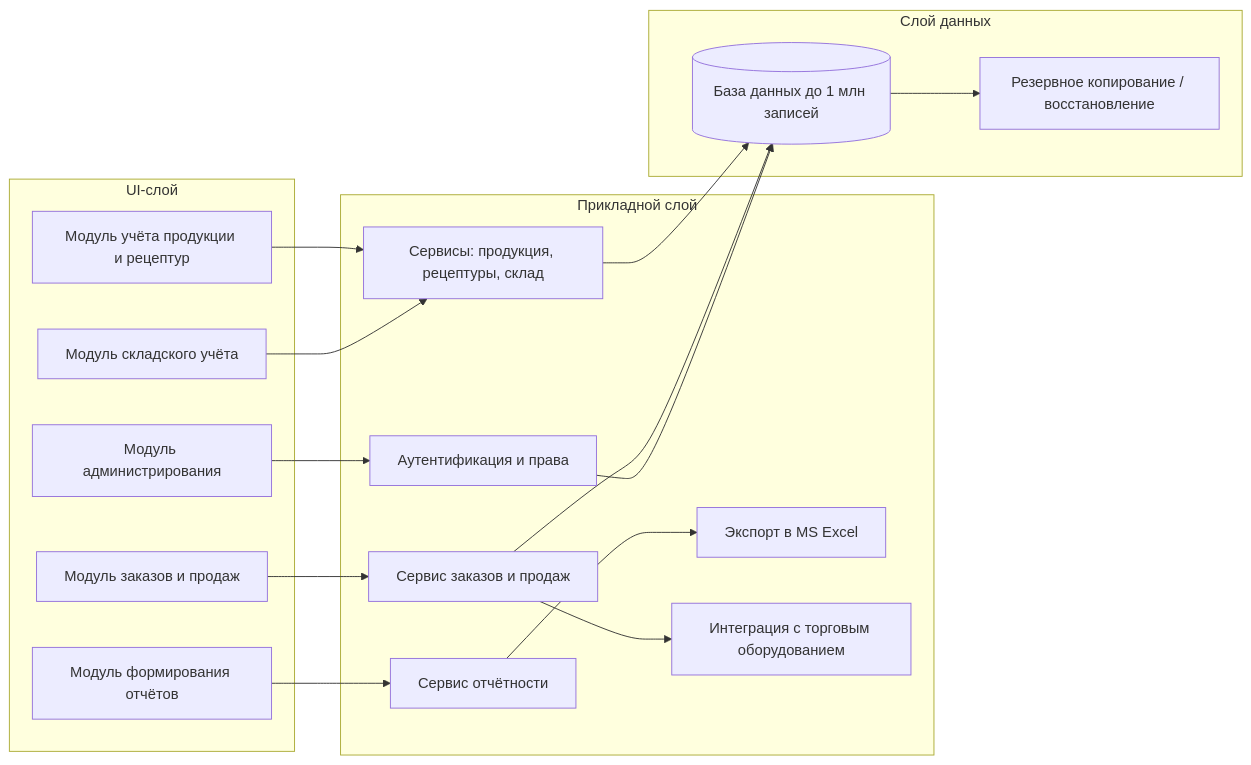
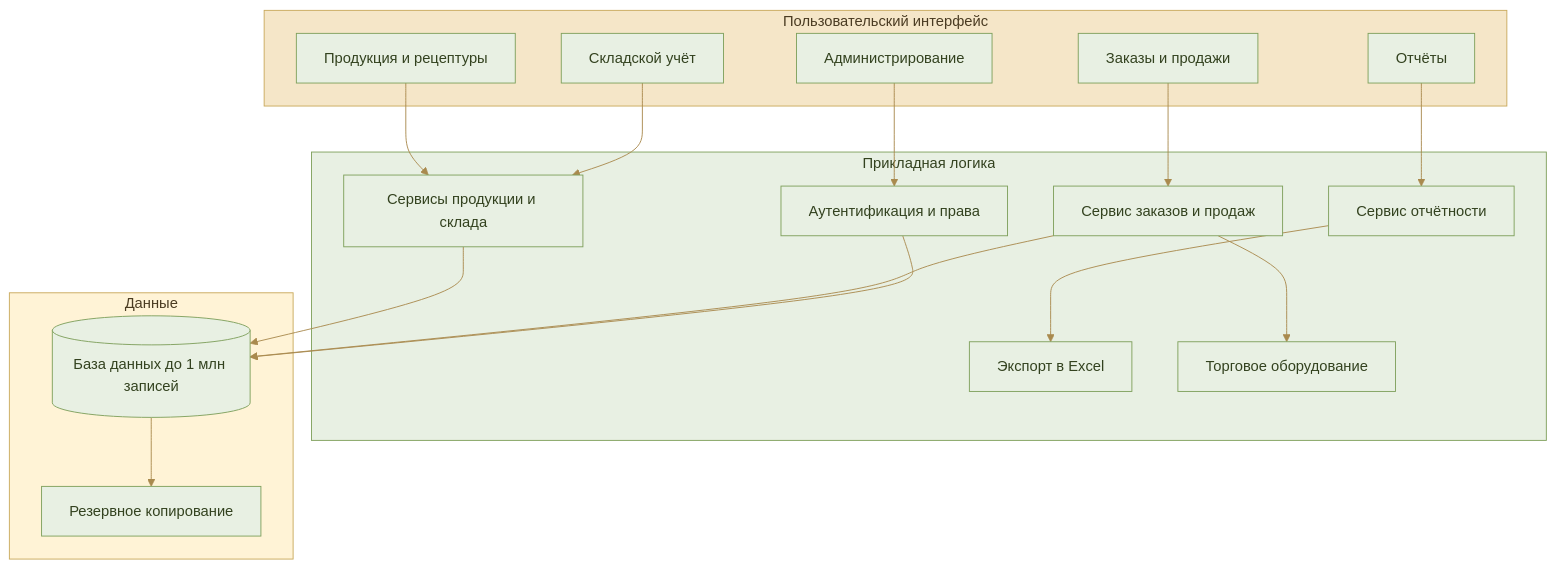
Before and after one commit to cxwrcurvd/myprojectwork: the fifth of 6 diagrams in uml-diagrams.md, drawn with Mermaid. The commit also changed other lines of this file, not shown here.

Commit message:
UML-диаграммы: переоформление в единой теме «Пекарня»

````diff
--- a/uml-diagrams.md
+++ b/uml-diagrams.md
@@ -246,36 +206,40 @@
 ```mermaid
-flowchart LR
-    subgraph UI_SOFT[UI-слой]
-        UP[Модуль учёта продукции и рецептур]
-        UW[Модуль складского учёта]
-        UO[Модуль заказов и продаж]
-        UR[Модуль формирования отчётов]
-        UA[Модуль администрирования]
+%%{init: {"theme":"base","themeVariables":{"primaryColor":"#E8F0E3","primaryBorderColor":"#7FA05C","primaryTextColor":"#33421F","lineColor":"#A98A4E","tertiaryColor":"#F5E6C8"}}}%%
+flowchart TB
+    subgraph UI["Пользовательский интерфейс"]
+        U1[Продукция и рецептуры]
+        U2[Складской учёт]
+        U3[Заказы и продажи]
+        U4[Отчёты]
+        U5[Администрирование]
     end
 
-    subgraph APP[Прикладной слой]
-        SVC[Сервисы: продукция, рецептуры, склад]
-        ORD[Сервис заказов и продаж]
-        REP[Сервис отчётности]
-        AUTH[Аутентификация и права]
-        EXC[Экспорт в MS Excel]
-        TTE[Интеграция с торговым оборудованием]
+    subgraph APP["Прикладная логика"]
+        A1[Сервисы продукции и склада]
+        A2[Сервис заказов и продаж]
+        A3[Сервис отчётности]
+        A4[Аутентификация и права]
+        A5[Экспорт в Excel]
+        A6[Торговое оборудование]
     end
 
-    subgraph DATA[Слой данных]
-        DB[(База данных до 1 млн записей)]
-        BK[Резервное копирование / восстановление]
+    subgraph DATA["Данные"]
+        D1[("База данных до 1 млн записей")]
+        D2[Резервное копирование]
     end
 
-    UP --> SVC
-    UW --> SVC
-    UO --> ORD
-    UR --> REP
-    UA --> AUTH
-    REP --> EXC
-    ORD --> TTE
-    SVC --> DB
-    ORD --> DB
-    DB --> BK
-    AUTH --> DB
+    U1 & U2 --> A1
+    U3 --> A2
+    U4 --> A3
+    U5 --> A4
+    A3 --> A5
+    A2 --> A6
+    A1 --> D1
+    A2 --> D1
+    A4 --> D1
+    D1 --> D2
+
+    style UI fill:#F5E6C8,stroke:#C9A95C,color:#4A3B22
+    style APP fill:#E8F0E3,stroke:#7FA05C,color:#33421F
+    style DATA fill:#FFF3D6,stroke:#C9A95C,color:#4A3B22
 ```
````
